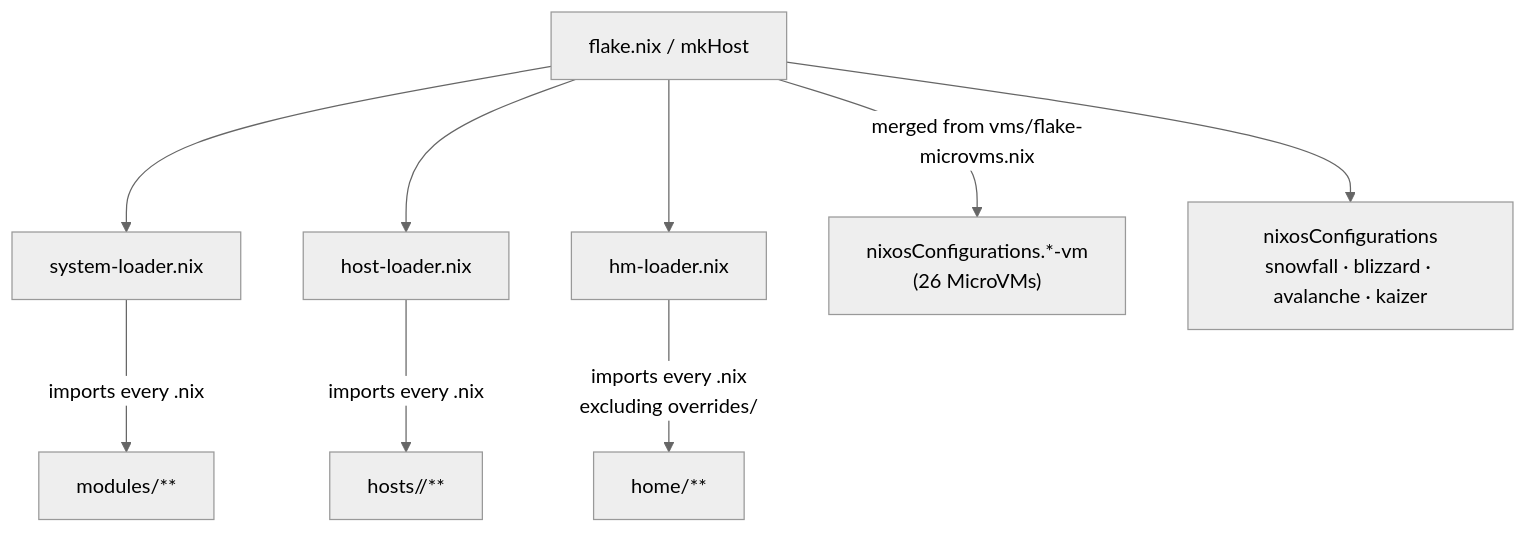
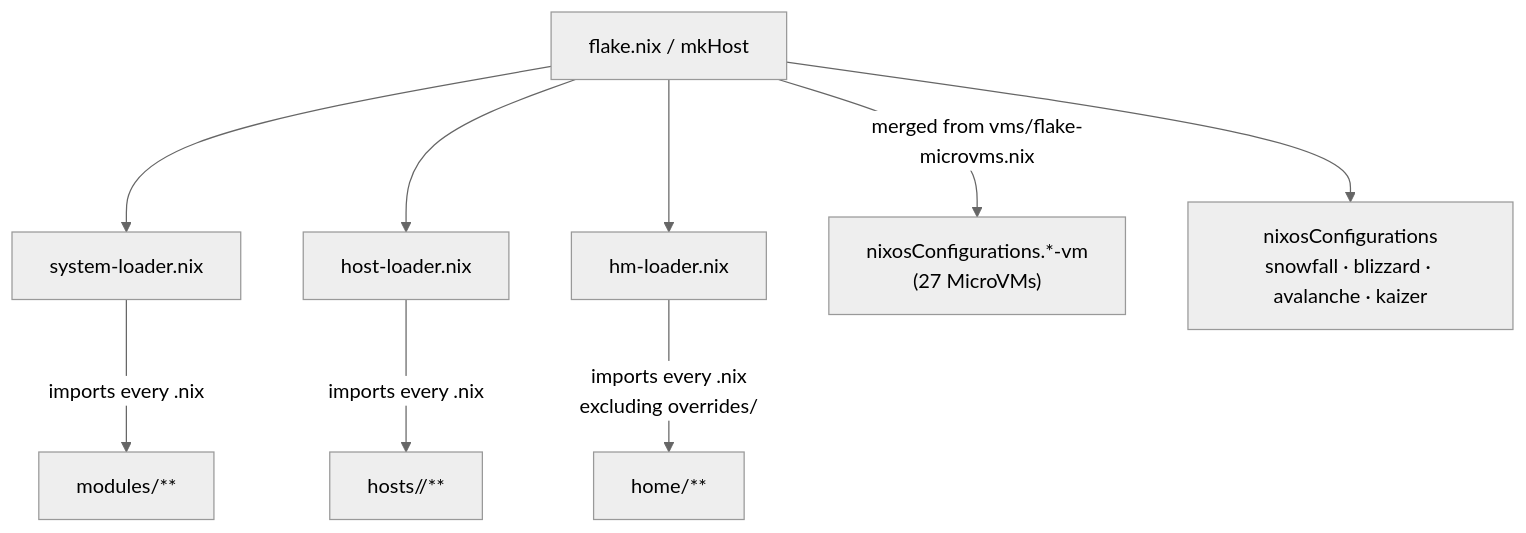
One commit to telometto/nix-config changed the first of 10 diagrams in docs/Project_Architecture_Blueprint.md. Above: the diagram before and after it, drawn with Mermaid (neutral theme). The commit also changed other lines of this file, not shown here.

Commit message:
📝 docs(architecture): update last verified date and correct MicroVM count

````diff
--- a/docs/Project_Architecture_Blueprint.md
+++ b/docs/Project_Architecture_Blueprint.md
@@ -22,11 +22,11 @@
 ```mermaid
 flowchart TD
     F[flake.nix / mkHost] --> SL[system-loader.nix]
     F --> HL[host-loader.nix]
     F --> HML[hm-loader.nix]
     SL -->|"imports every .nix"| MOD["modules/**"]
     HL -->|"imports every .nix"| HOST["hosts/<hostname>/**"]
     HML -->|"imports every .nix\nexcluding overrides/"| HOME["home/**"]
-    F -->|merged from vms/flake-microvms.nix| VMS["nixosConfigurations.*-vm\n(26 MicroVMs)"]
+    F -->|merged from vms/flake-microvms.nix| VMS["nixosConfigurations.*-vm\n(27 MicroVMs)"]
     F --> HOSTS["nixosConfigurations\nsnowfall · blizzard · avalanche · kaizer"]
 ```
````
